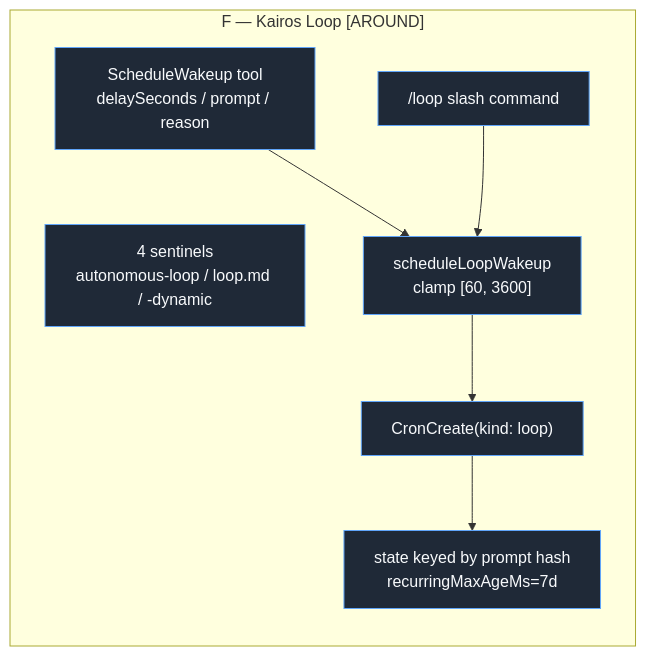
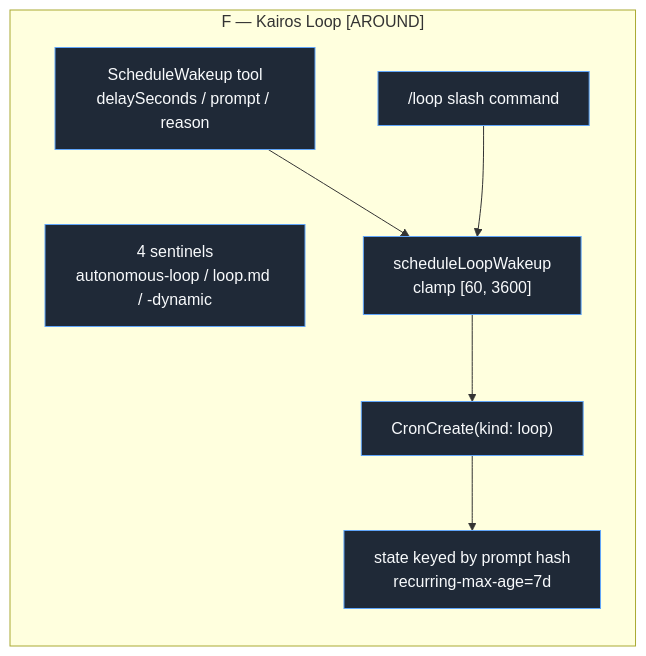
Before and after one commit to pjt222/claude-buddy-investigation: the diagram in docs/flow/LOOP.mmd, drawn with Mermaid. The commit also changed 15 other files, not shown here.

```diff
--- a/docs/flow/LOOP.mmd
+++ b/docs/flow/LOOP.mmd
@@ -1,26 +1,26 @@
 flowchart LR
     %% LOOP — F — Kairos Loop [AROUND]
     subgraph LOOP["F — Kairos Loop [AROUND]"]
         direction TB
         sched_tool["ScheduleWakeup tool<br/>delaySeconds / prompt / reason"]:::core
         sentinels["4 sentinels<br/>autonomous-loop / loop.md / -dynamic"]:::core
         sched_fn["scheduleLoopWakeup<br/>clamp [60, 3600]"]:::core
         cron_create["CronCreate(kind: loop)"]:::core
-        loop_state["state keyed by prompt hash<br/>recurringMaxAgeMs=7d"]:::core
+        loop_state["state keyed by prompt hash<br/>recurring-max-age=7d"]:::core
         loop_slash["/loop slash command"]:::core
     end
 
     %% invisible links: stack 2 disconnected groups vertically rather than side by side
     sched_tool ~~~ sentinels
 
     sched_tool --> sched_fn
     sched_fn --> cron_create
     cron_create --> loop_state
     loop_slash --> sched_fn
 
     classDef core fill:#1f2937,stroke:#60a5fa,color:#f8fafc,stroke-width:1px
     classDef gap fill:#3f1d1d,stroke:#f87171,color:#fecaca,stroke-dasharray: 4 3,stroke-width:1px
     classDef removed fill:#1a1a1a,stroke:#6b7280,color:#9ca3af,stroke-dasharray: 2,stroke-width:1px
     classDef ours fill:#1e293b,stroke:#a78bfa,color:#e9d5ff,stroke-width:1px
     classDef baseline fill:#1f2937,stroke:#34d399,color:#d1fae5,stroke-width:1px
     classDef risk fill:#3f1d1d,stroke:#fb7185,color:#fecdd3,stroke-width:2px
```
